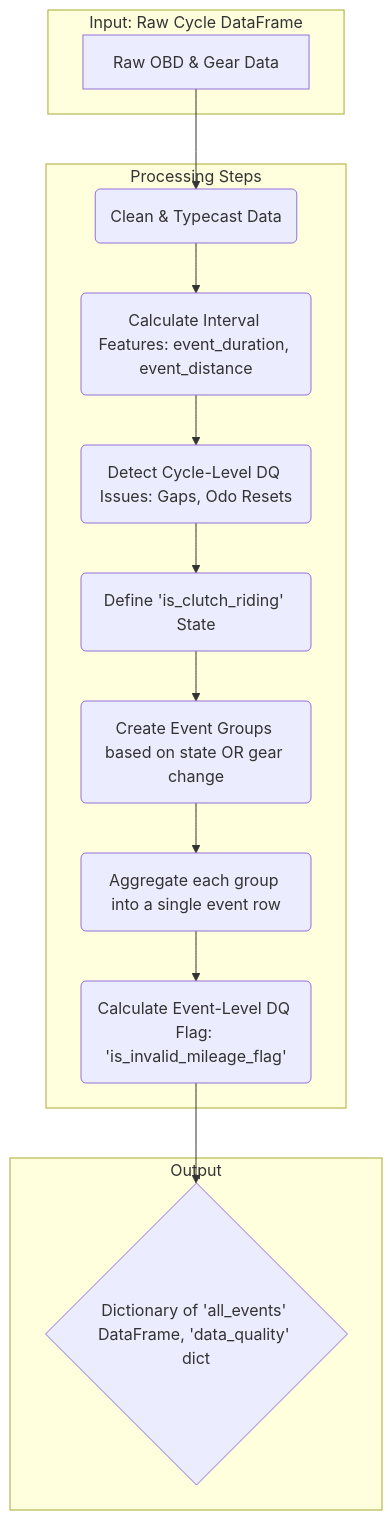
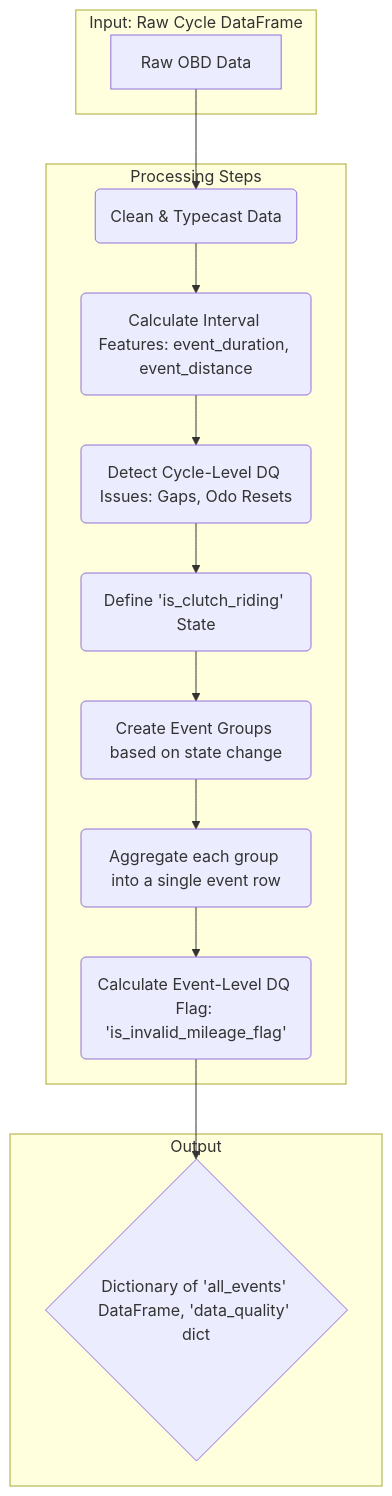
Before and after one commit to walterbrown17/clutch_riding: the second of 3 diagrams in SIMPLE_PRD.md, drawn with Mermaid. The commit also changed other lines of this file, not shown here.

````diff
--- a/SIMPLE_PRD.md
+++ b/SIMPLE_PRD.md
@@ -87,20 +81,20 @@
 ```mermaid
 graph TD
     subgraph "Input: Raw Cycle DataFrame"
-        A[Raw OBD & Gear Data];
+        A[Raw OBD Data];
     end
 
     subgraph "Processing Steps"
         A --> B(Clean & Typecast Data);
         B --> C(Calculate Interval Features: event_duration, event_distance);
         C --> D(Detect Cycle-Level DQ Issues: Gaps, Odo Resets);
         D --> E(Define 'is_clutch_riding' State);
-        E --> F(Create Event Groups based on state OR gear change);
+        E --> F(Create Event Groups based on state change);
         F --> G(Aggregate each group into a single event row);
         G --> H(Calculate Event-Level DQ Flag: 'is_invalid_mileage_flag');
     end
 
     subgraph "Output"
         H --> I{Dictionary of 'all_events' DataFrame, 'data_quality' dict};
     end
 ```
````
